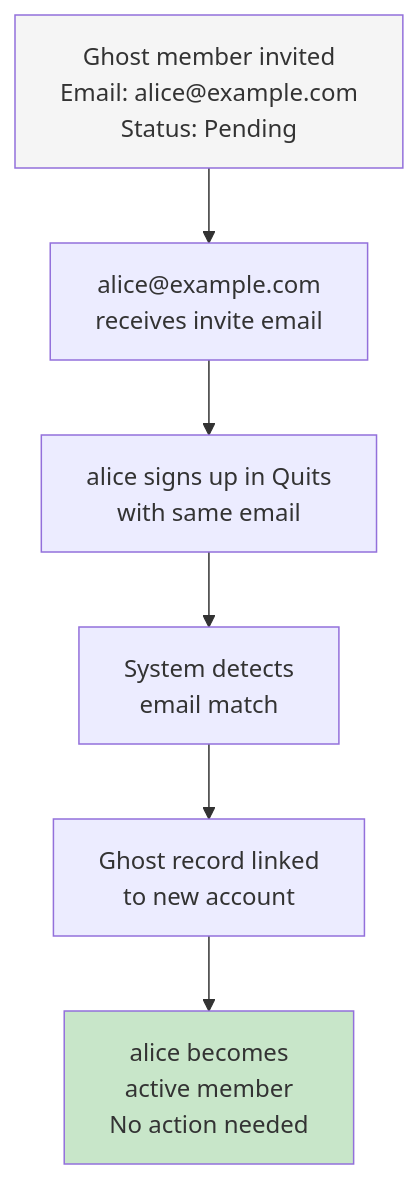
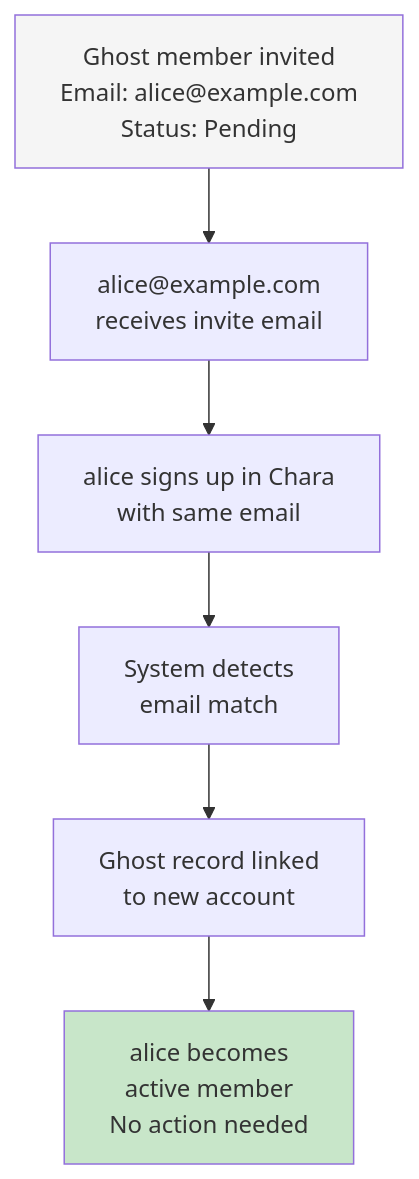
Before and after one commit to DowLucas/chara: the tenth of 11 diagrams in docs/ux/04-groups.md, drawn with Mermaid. The commit also changed other lines of this file and 207 other files, not shown here.

````diff
--- a/docs/ux/04-groups.md
+++ b/docs/ux/04-groups.md
@@ -192,12 +192,12 @@
 ```mermaid
 flowchart TD
     A["Ghost member invited<br/>Email: alice@example.com<br/>Status: Pending"]
     A --> B["alice@example.com<br/>receives invite email"]
-    B --> C["alice signs up in Quits<br/>with same email"]
+    B --> C["alice signs up in Chara<br/>with same email"]
     C --> D["System detects<br/>email match"]
     D --> E["Ghost record linked<br/>to new account"]
     E --> F["alice becomes<br/>active member<br/>No action needed"]
     
     style A fill:#f5f5f5
     style F fill:#c8e6c9
 ```
````
